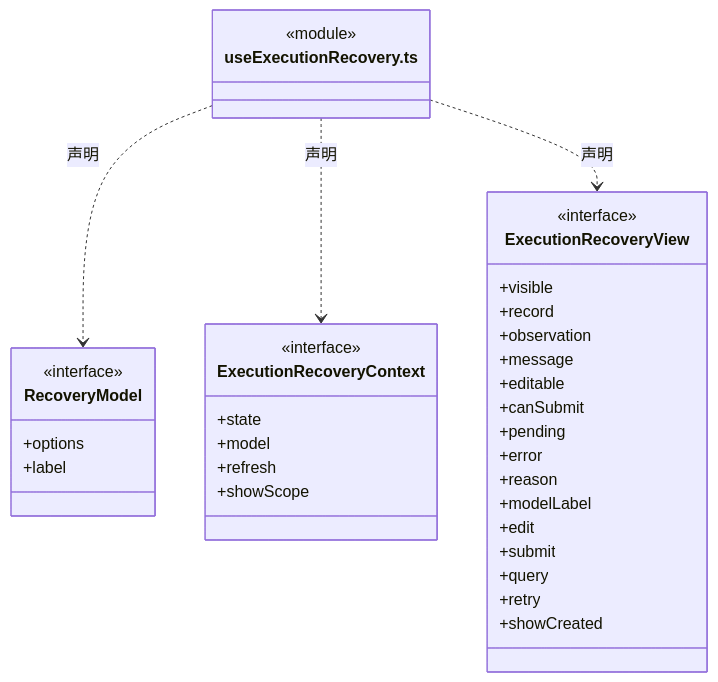
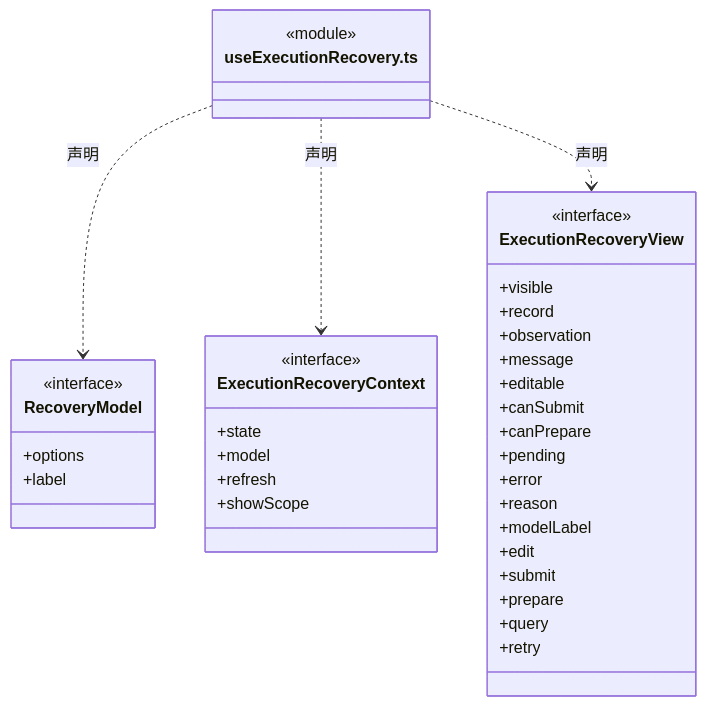
Before and after one commit to nan023062/cbim: diagram 39 of 56 in src/frontend/tasks/ARCHITECTURE.md, drawn with Mermaid. The commit also changed other lines of this file and 21 other files, not shown here.

````diff
--- a/src/frontend/tasks/ARCHITECTURE.md
+++ b/src/frontend/tasks/ARCHITECTURE.md
@@ -775,39 +796,40 @@
 ```mermaid
 classDiagram
 class N_src_frontend_tasks_useExecutionRecovery_ts["useExecutionRecovery.ts"] {
   <<module>>
 }
 class N_src_frontend_tasks_useExecutionRecovery_ts_RecoveryModel["RecoveryModel"] {
   <<interface>>
   +options
   +label
 }
 N_src_frontend_tasks_useExecutionRecovery_ts ..> N_src_frontend_tasks_useExecutionRecovery_ts_RecoveryModel : 声明
 class N_src_frontend_tasks_useExecutionRecovery_ts_ExecutionRecoveryContext["ExecutionRecoveryContext"] {
   <<interface>>
   +state
   +model
   +refresh
   +showScope
 }
 N_src_frontend_tasks_useExecutionRecovery_ts ..> N_src_frontend_tasks_useExecutionRecovery_ts_ExecutionRecoveryContext : 声明
 class N_src_frontend_tasks_useExecutionRecovery_ts_ExecutionRecoveryView["ExecutionRecoveryView"] {
   <<interface>>
   +visible
   +record
   +observation
   +message
   +editable
   +canSubmit
+  +canPrepare
   +pending
   +error
   +reason
   +modelLabel
   +edit
   +submit
+  +prepare
   +query
   +retry
-  +showCreated
 }
 N_src_frontend_tasks_useExecutionRecovery_ts ..> N_src_frontend_tasks_useExecutionRecovery_ts_ExecutionRecoveryView : 声明
 ```
````
